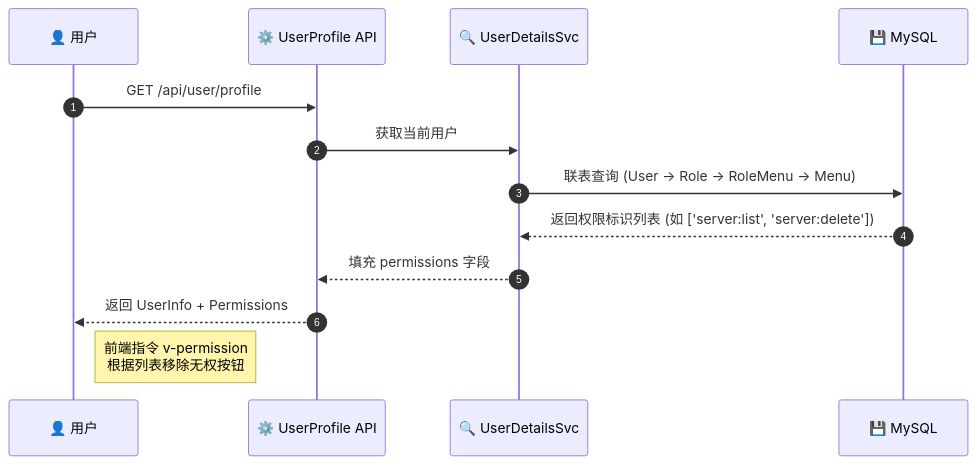
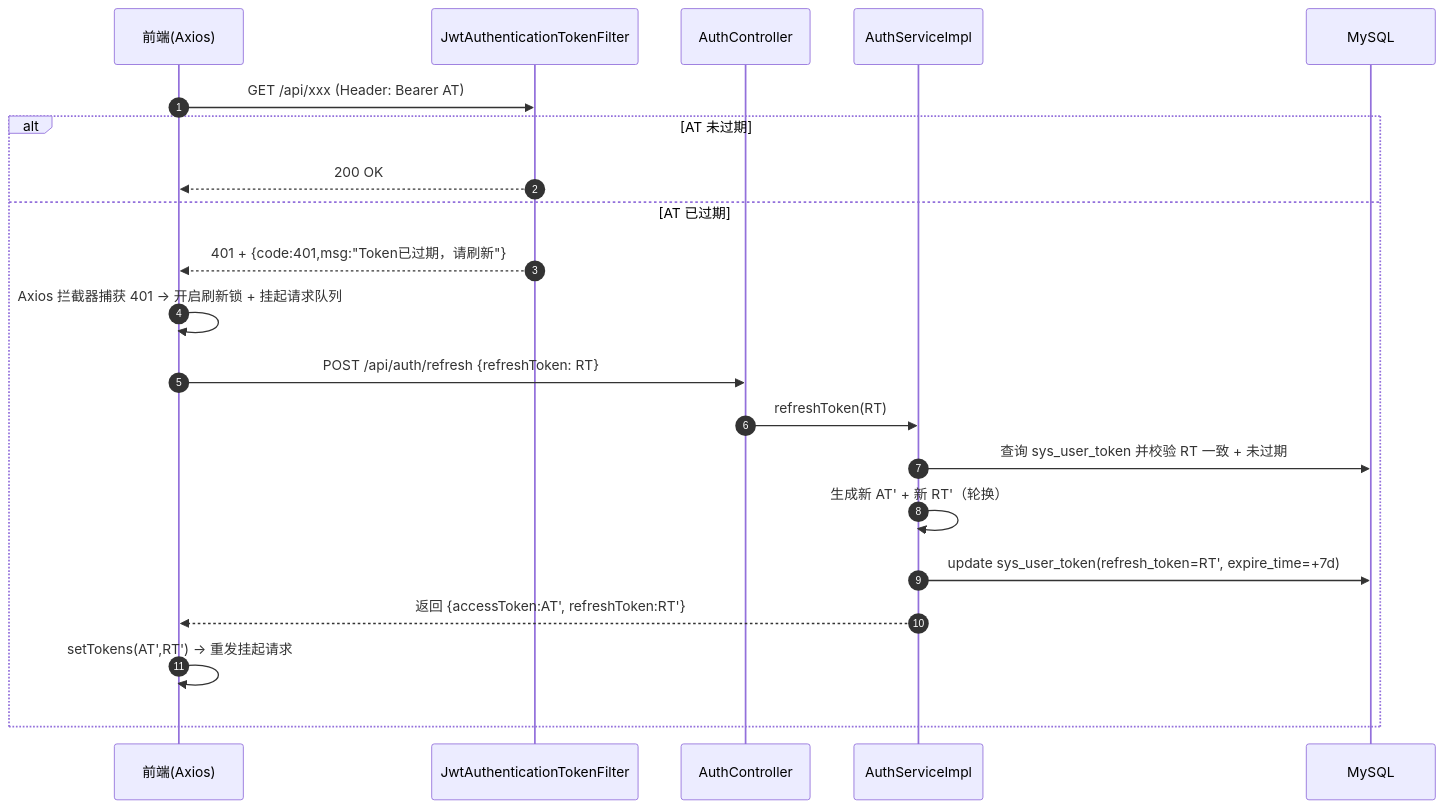
Before and after one commit to ouyangxu66/GraduationProject-ServerMonitor: the second of 2 diagrams in monitor-project/SECURITY-MODULE.md, drawn with Mermaid. The commit also changed other lines of this file and 1 other file, not shown here.

````diff
--- a/monitor-project/SECURITY-MODULE.md
+++ b/monitor-project/SECURITY-MODULE.md
@@ -90,17 +95,24 @@
 ```mermaid
 sequenceDiagram
     autonumber
-    participant User as 👤 用户
-    participant API as ⚙️ UserProfile API
-    participant SVC as 🔍 UserDetailsSvc
-    participant DB as 💾 MySQL
+    participant UI as 前端(Axios)
+    participant Filter as JwtAuthenticationTokenFilter
+    participant API as AuthController
+    participant SVC as AuthServiceImpl
+    participant DB as MySQL
 
-    User->>API: GET /api/user/profile
-    API->>SVC: 获取当前用户
-    SVC->>DB: 联表查询 (User -> Role -> RoleMenu -> Menu)
-    DB-->>SVC: 返回权限标识列表 (如 ['server:list', 'server:delete'])
-    SVC-->>API: 填充 permissions 字段
-    API-->>User: 返回 UserInfo + Permissions
-    
-    Note right of User: 前端指令 v-permission<br>根据列表移除无权按钮
+    UI->>Filter: GET /api/xxx (Header: Bearer AT)
+    alt AT 未过期
+        Filter-->>UI: 200 OK
+    else AT 已过期
+        Filter-->>UI: 401 + {code:401,msg:"Token已过期，请刷新"}
+        UI->>UI: Axios 拦截器捕获 401 -> 开启刷新锁 + 挂起请求队列
+        UI->>API: POST /api/auth/refresh {refreshToken: RT}
+        API->>SVC: refreshToken(RT)
+        SVC->>DB: 查询 sys_user_token 并校验 RT 一致 + 未过期
+        SVC->>SVC: 生成新 AT' + 新 RT'（轮换）
+        SVC->>DB: update sys_user_token(refresh_token=RT', expire_time=+7d)
+        SVC-->>UI: 返回 {accessToken:AT', refreshToken:RT'}
+        UI->>UI: setTokens(AT',RT') -> 重发挂起请求
+    end
 ```
````
